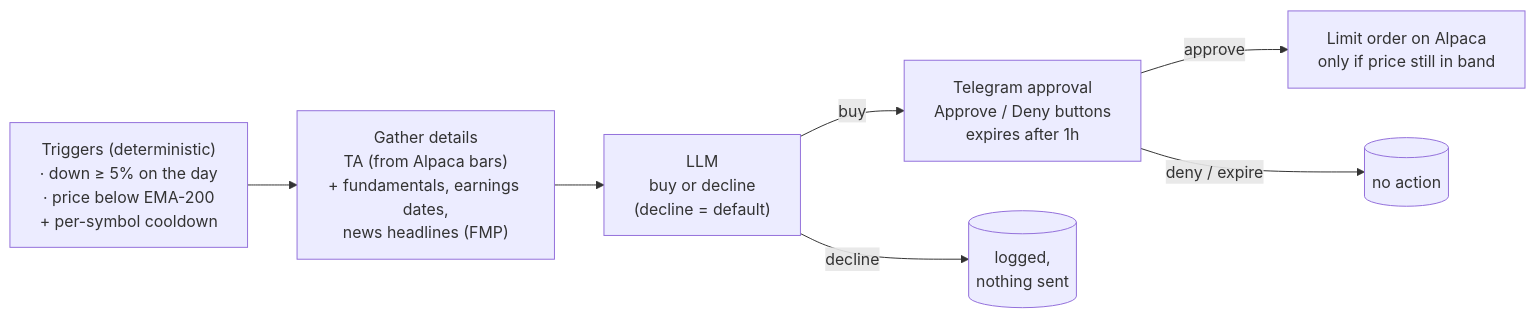
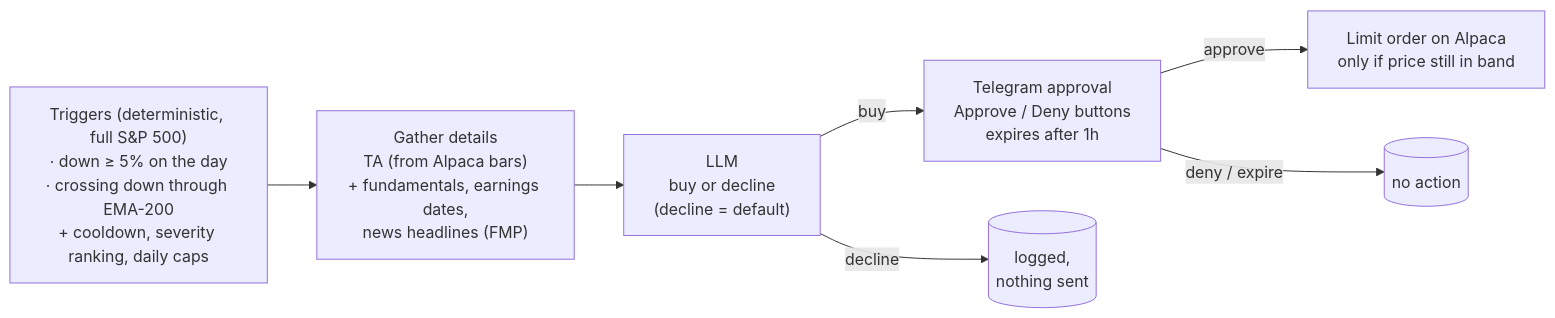
Before and after one commit to krishna-sunkavalli/smartcapital: the diagram in README.md, drawn with Mermaid. The commit also changed other lines of this file and 8 other files, not shown here.

````diff
--- a/README.md
+++ b/README.md
@@ -10,16 +10,16 @@
 ```mermaid
 flowchart LR
-    T["Triggers (deterministic)<br/>· down ≥ 5% on the day<br/>· price below EMA-200<br/>+ per-symbol cooldown"]
+    T["Triggers (deterministic, full S&P 500)<br/>· down ≥ 5% on the day<br/>· crossing down through EMA-200<br/>+ cooldown, severity ranking, daily caps"]
     D["Gather details<br/>TA (from Alpaca bars)<br/>+ fundamentals, earnings dates,<br/>news headlines (FMP)"]
     L["LLM<br/>buy or decline<br/>(decline = default)"]
     A["Telegram approval<br/>Approve / Deny buttons<br/>expires after 1h"]
     O["Limit order on Alpaca<br/>only if price still in band"]
     LOGD[("logged,<br/>nothing sent")]
     LOGN[("no action")]
 
     T --> D --> L
     L -->|buy| A
     L -->|decline| LOGD
     A -->|approve| O
     A -->|deny / expire| LOGN
 ```
````
